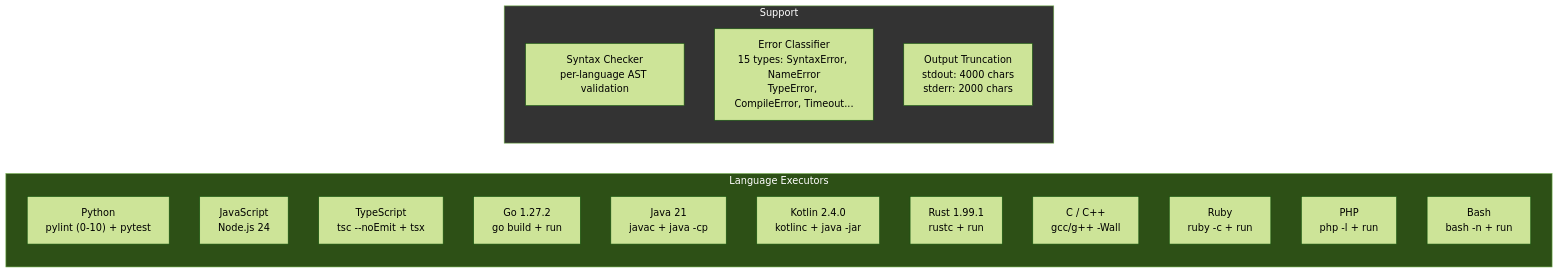
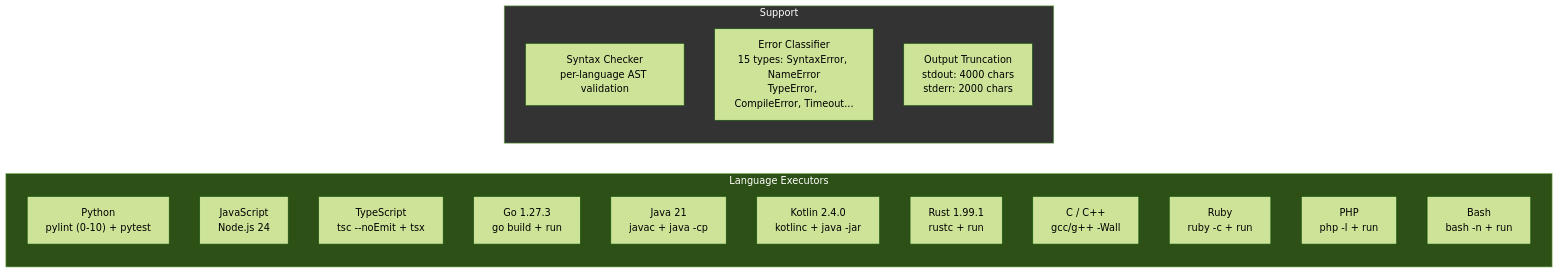
Before and after one commit to inferstep/ATLAS: the seventh of 11 diagrams in docs/lang/ja/ARCHITECTURE.md, drawn with Mermaid (forest theme). The commit also changed 6 other files, not shown here.

````diff
--- a/docs/lang/ja/ARCHITECTURE.md
+++ b/docs/lang/ja/ARCHITECTURE.md
@@ -747,25 +747,25 @@
 ```mermaid
 graph LR
     subgraph executors["Language Executors"]
         Py["Python\npylint (0-10) + pytest"]
         JS["JavaScript\nNode.js 24"]
         TS["TypeScript\ntsc --noEmit + tsx"]
-        Go["Go 1.27.2\ngo build + run"]
+        Go["Go 1.27.3\ngo build + run"]
         Java["Java 21\njavac + java -cp"]
         Kotlin["Kotlin 2.4.0\nkotlinc + java -jar"]
         Rust["Rust 1.99.1\nrustc + run"]
         C["C / C++\ngcc/g++ -Wall"]
         Ruby["Ruby\nruby -c + run"]
         PHP["PHP\nphp -l + run"]
         Bash["Bash\nbash -n + run"]
     end
 
     subgraph support["Support"]
         Syn["Syntax Checker\nper-language AST validation"]
         Err["Error Classifier\n15 types: SyntaxError, NameError\nTypeError, CompileError, Timeout..."]
         Trunc["Output Truncation\nstdout: 4000 chars\nstderr: 2000 chars"]
     end
 
     style executors fill:#2d5016,color:#fff
     style support fill:#333,color:#fff
 ```
````
